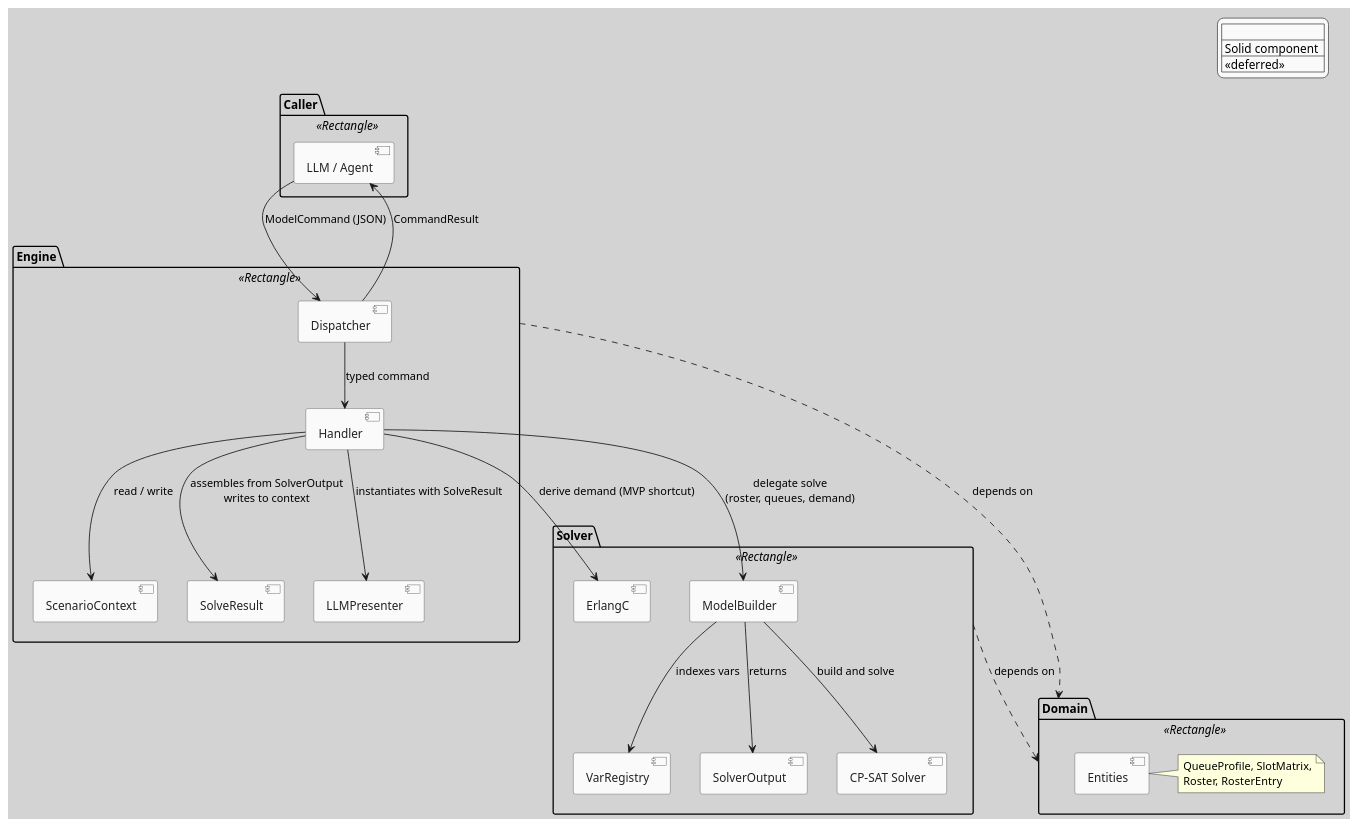
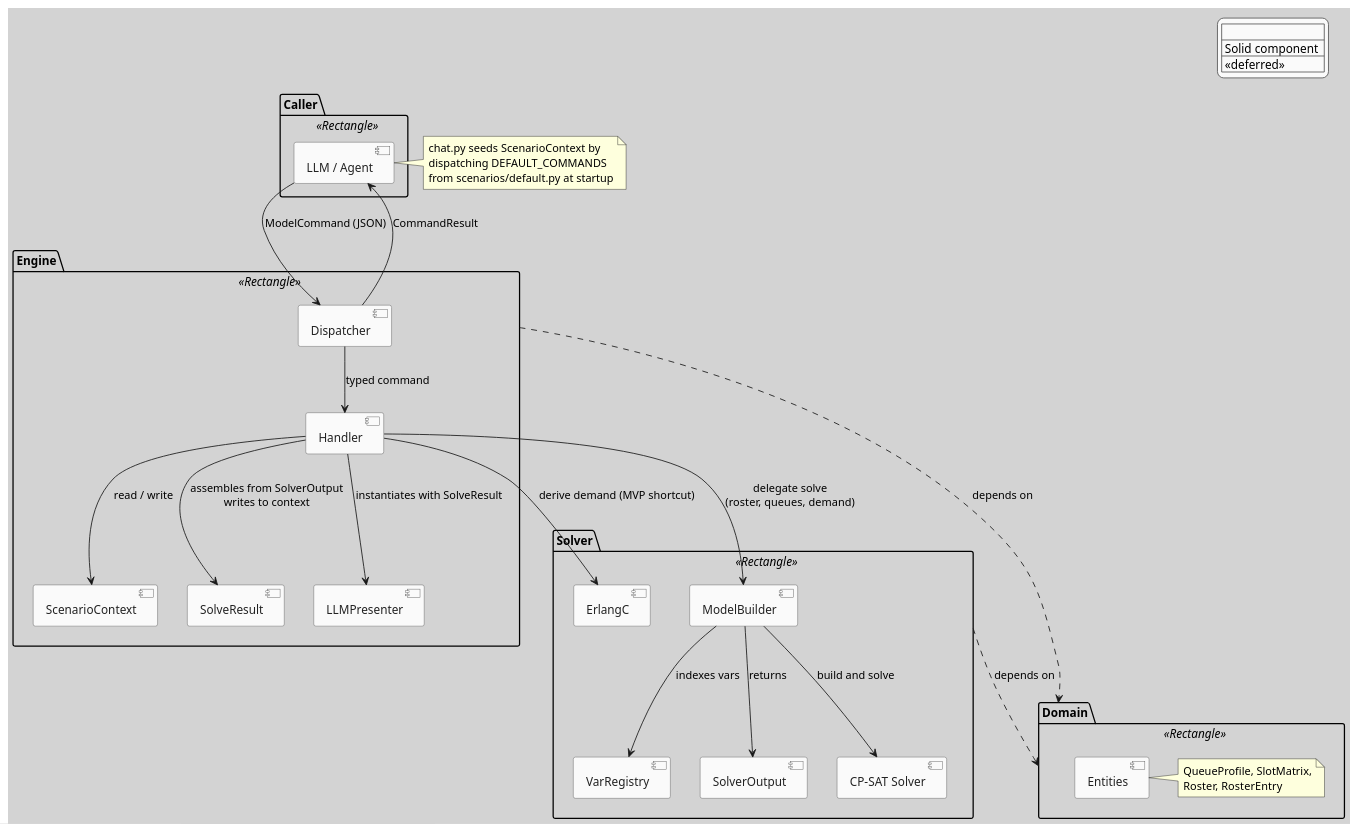
The diagram in docs/uml/architecture_component.puml (neon-tetra/schedule-architect), drawn with PlantUML before and after one commit. The commit also changed 5 other files, not shown here.

Commit message:
Update UML diagrams for latest domain engine and agent changes

```diff
--- a/docs/uml/architecture_component.puml
+++ b/docs/uml/architecture_component.puml
@@ -1,78 +1,84 @@
 @startuml architecture_component
 
 skinparam backgroundColor #D3D3D3
 skinparam defaultFontName Segoe UI
 
 skinparam component {
     BackgroundColor #FAFAFA
     BorderColor #555555
     FontColor #222222
     BackgroundColor<<deferred>> #E8E8E8
     BorderColor<<deferred>> #AAAAAA
     FontColor<<deferred>> #AAAAAA
     BorderStyle<<deferred>> dashed
 }
 
 skinparam legend {
     BackgroundColor #FAFAFA
     BorderColor #555555
 }
 
 legend top right
   <#FAFAFA,#555555>|                          |
   | Solid component  | Implemented            |
   | <<deferred>>     | Planned / future       |
 endlegend
 
 ' ─────────────────────────────────────────
 ' LAYERS
 ' ─────────────────────────────────────────
 
 package "Caller" <<Rectangle>> {
     [LLM / Agent] as LLM
 }
+
+note right of LLM
+    chat.py seeds ScenarioContext by
+    dispatching DEFAULT_COMMANDS
+    from scenarios/default.py at startup
+end note
 
 package "Engine" <<Rectangle>> {
     [Dispatcher] as Dispatcher
     [Handler] as Handler
     [ScenarioContext] as Context
     [SolveResult] as SolveResult
     [LLMPresenter] as LLMPresenter
 }
 
 package "Solver" <<Rectangle>> {
     [ErlangC] as ErlangC
     [VarRegistry] as VarRegistry
     [ModelBuilder] as ModelBuilder
     [SolverOutput] as SolverOutput
     [CP-SAT Solver] as CPSAT
 }
 
 package "Domain" <<Rectangle>> {
     [Entities] as Entities
     note right of Entities
         QueueProfile, SlotMatrix,
         Roster, RosterEntry
     end note
 }
 
 ' ─────────────────────────────────────────
 ' INTERACTIONS
 ' ─────────────────────────────────────────
 
 LLM --> Dispatcher : ModelCommand (JSON)
 Dispatcher --> Handler : typed command
 Handler --> Context : read / write
 Handler --> ErlangC : derive demand (MVP shortcut)
 Handler --> ModelBuilder : delegate solve\n(roster, queues, demand)
 ModelBuilder --> CPSAT : build and solve
 ModelBuilder --> VarRegistry : indexes vars
 ModelBuilder --> SolverOutput : returns
 Handler --> SolveResult : assembles from SolverOutput\nwrites to context
 Handler --> LLMPresenter : instantiates with SolveResult
 Dispatcher --> LLM : CommandResult
 
 Engine ..> Domain : depends on
 Solver ..> Domain : depends on
 
 @enduml
```
